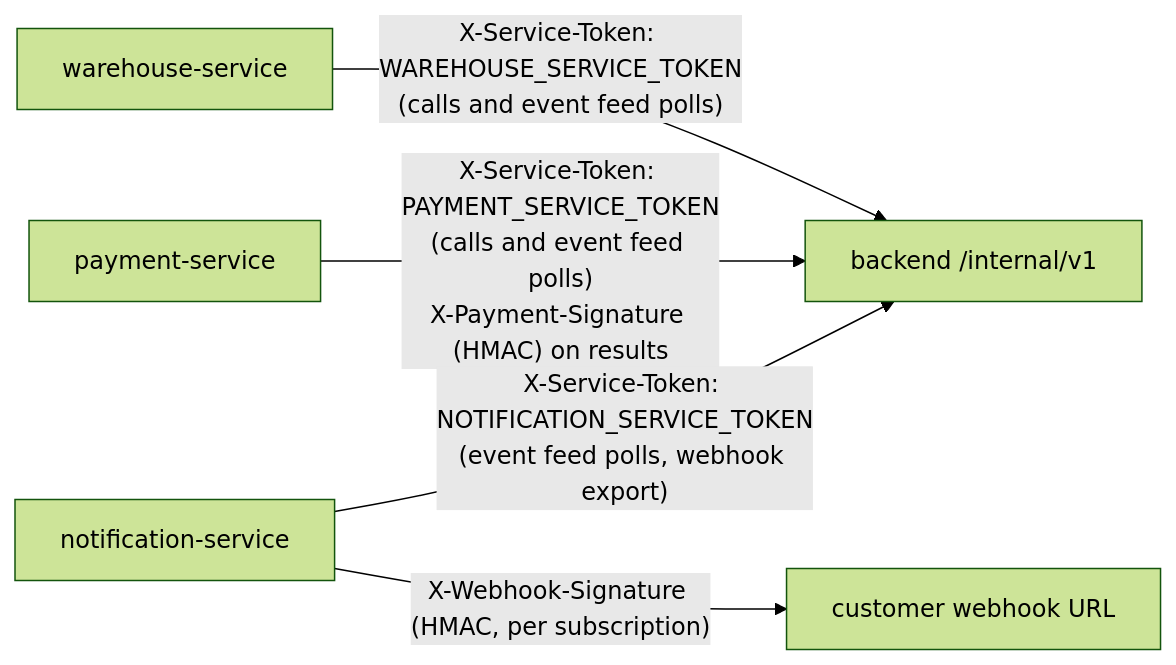
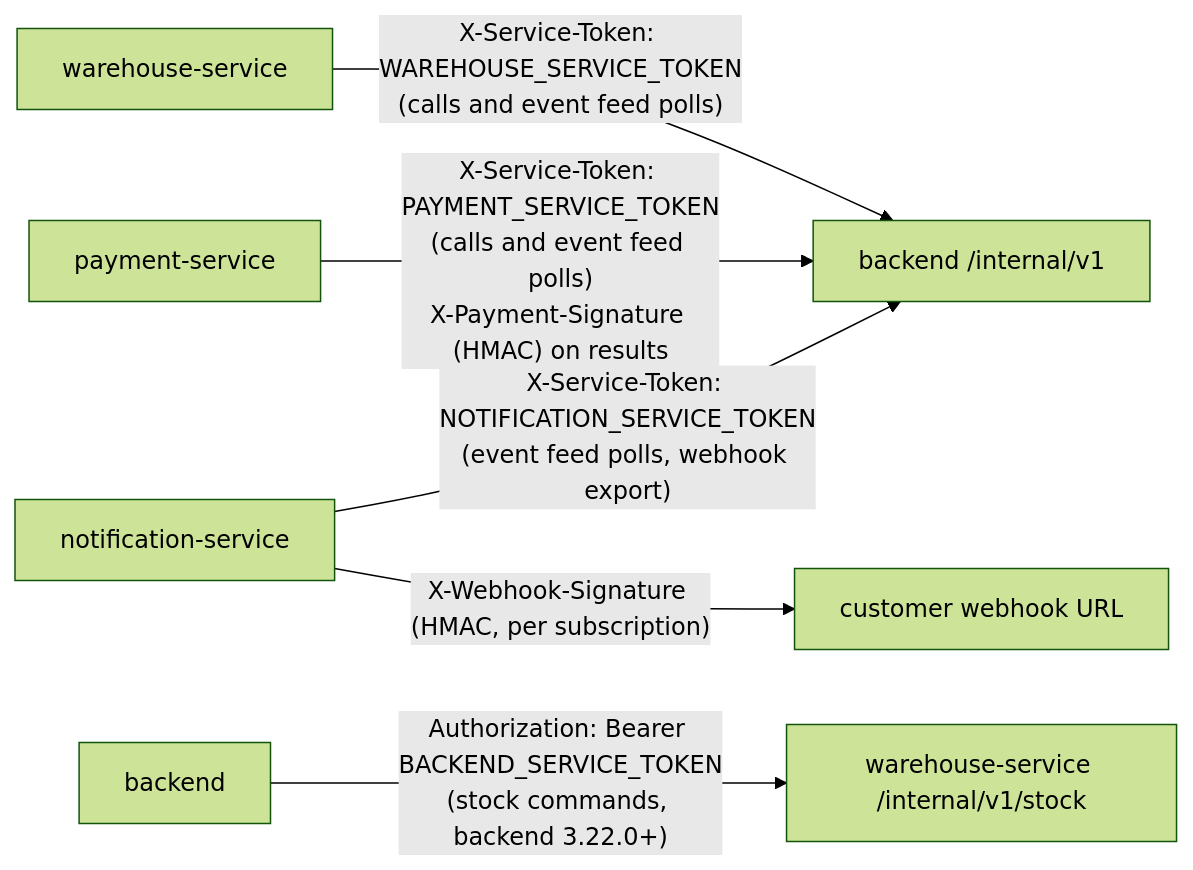
One commit to slawekradzyminski/awesome-localstack changed the diagram in docs-site/docs/architecture/service-trust.md. Above: the diagram before and after it, drawn with Mermaid (forest theme). The commit also changed other lines of this file and 6 other files, not shown here.

First line of the commit message:
ADR 6: warehouse-service owns the stock ledger

````diff
--- a/docs-site/docs/architecture/service-trust.md
+++ b/docs-site/docs/architecture/service-trust.md
@@ -7,7 +7,8 @@
 ```mermaid
 flowchart LR
     W[warehouse-service] -- "X-Service-Token: WAREHOUSE_SERVICE_TOKEN<br/>(calls and event feed polls)" --> I["backend /internal/v1"]
     P[payment-service] -- "X-Service-Token: PAYMENT_SERVICE_TOKEN<br/>(calls and event feed polls)<br/>X-Payment-Signature (HMAC) on results" --> I
     N[notification-service] -- "X-Service-Token: NOTIFICATION_SERVICE_TOKEN<br/>(event feed polls, webhook export)" --> I
     N -- "X-Webhook-Signature (HMAC, per subscription)" --> U[customer webhook URL]
+    B[backend] -- "Authorization: Bearer BACKEND_SERVICE_TOKEN<br/>(stock commands, backend 3.22.0+)" --> WI["warehouse-service /internal/v1/stock"]
 ```
````
